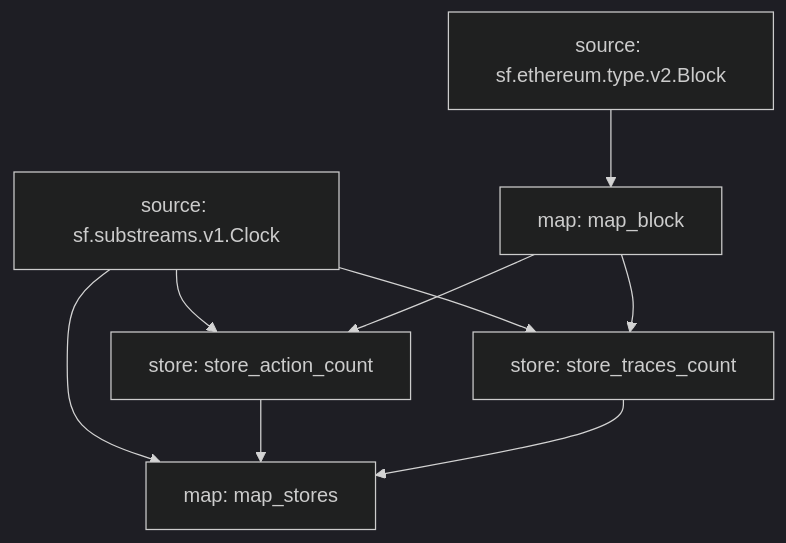
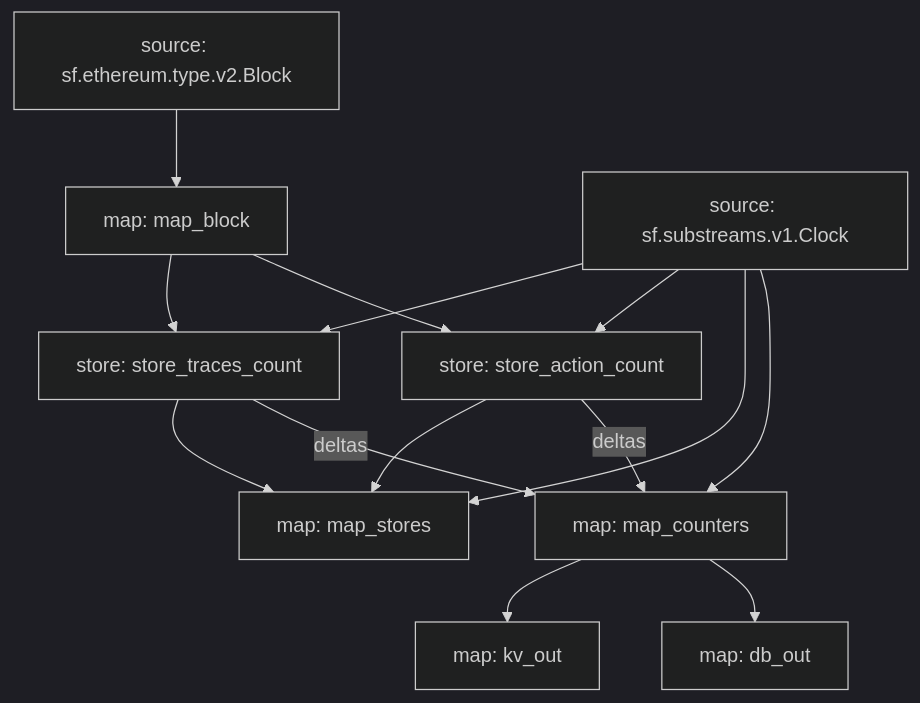
Before and after one commit to pinax-network/subtivity-substreams: the diagram in README.md, drawn with Mermaid (dark theme). The commit also changed other lines of this file and 13 other files, not shown here.

````diff
--- a/README.md
+++ b/README.md
@@ -34,15 +40,23 @@
 ```mermaid
 graph TD;
   map_block[map: map_block]
   sf.ethereum.type.v2.Block[source: sf.ethereum.type.v2.Block] --> map_block
   store_traces_count[store: store_traces_count]
   sf.substreams.v1.Clock[source: sf.substreams.v1.Clock] --> store_traces_count
   map_block --> store_traces_count
   store_action_count[store: store_action_count]
   sf.substreams.v1.Clock[source: sf.substreams.v1.Clock] --> store_action_count
   map_block --> store_action_count
   map_stores[map: map_stores]
   sf.substreams.v1.Clock[source: sf.substreams.v1.Clock] --> map_stores
   store_action_count --> map_stores
   store_traces_count --> map_stores
+  map_counters[map: map_counters]
+  sf.substreams.v1.Clock[source: sf.substreams.v1.Clock] --> map_counters
+  store_action_count -- deltas --> map_counters
+  store_traces_count -- deltas --> map_counters
+  kv_out[map: kv_out]
+  map_counters --> kv_out
+  db_out[map: db_out]
+  map_counters --> db_out
 ```
````
